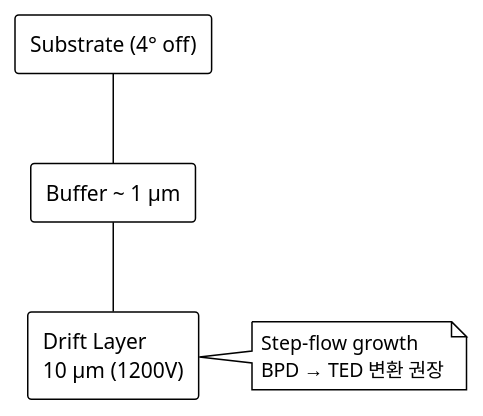
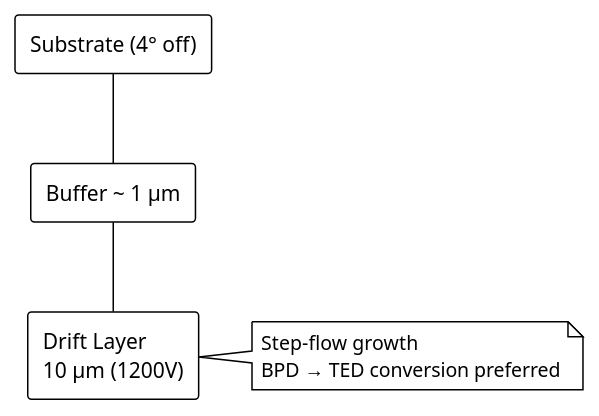
One commit to btjeon/sic-wiki changed the second of 2 diagrams in docs/01-foundations/ch02-wafer-epi.md. Above: the diagram before and after it, drawn with PlantUML. The commit also changed other lines of this file and 6 other files, not shown here.

````diff
--- a/docs/01-foundations/ch02-wafer-epi.md
+++ b/docs/01-foundations/ch02-wafer-epi.md
@@ -58,15 +58,15 @@
 ```plantuml
 @startuml
 !theme plain
 skinparam linetype ortho
 rectangle "Substrate (4° off)" as sub
 rectangle "Buffer ~ 1 μm" as buf
 rectangle "Drift Layer\n10 μm (1200V)" as drift
 sub -- buf
 buf -- drift
 note right of drift
   Step-flow growth
-  BPD → TED 변환 권장
+  BPD → TED conversion preferred
 end note
 @enduml
 ```
````
